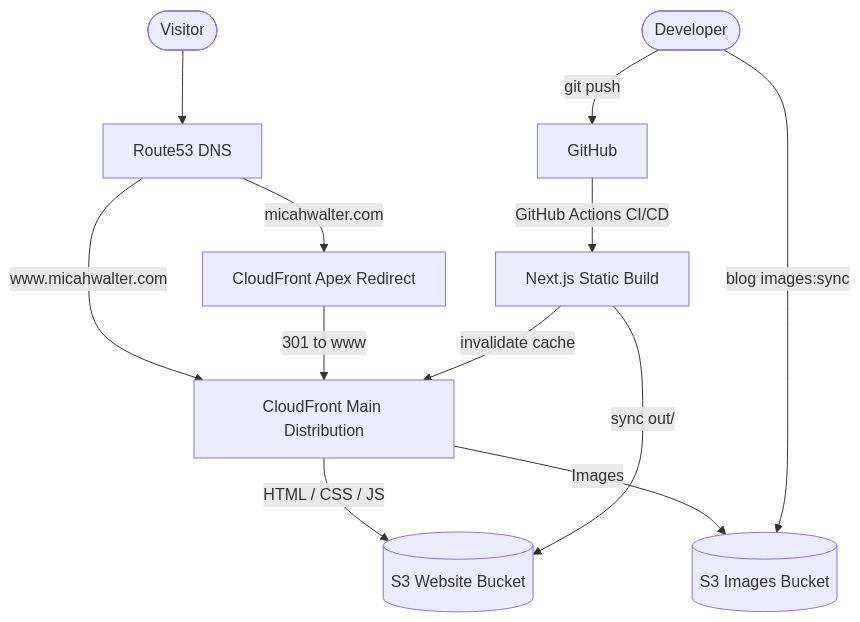
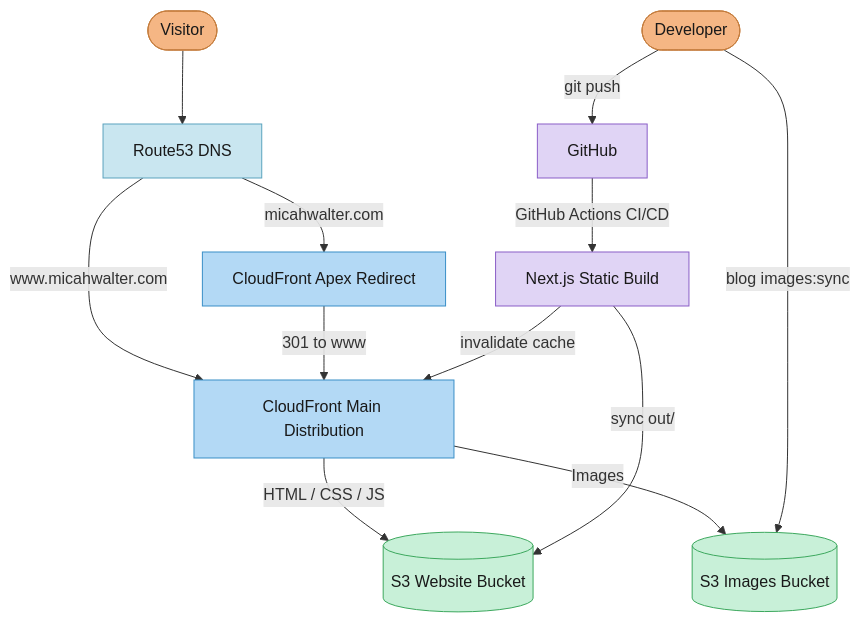
One commit to micahwalter/micahwalter-www changed the diagram in README.md. Above: the diagram before and after it, drawn with Mermaid.

Commit message:
Add colors to architecture diagram

````diff
--- a/README.md
+++ b/README.md
@@ -7,17 +7,29 @@
 ```mermaid
 flowchart TD
     Visitor([Visitor]) --> R53[Route53 DNS]
 
     R53 -->|www.micahwalter.com| CFMain[CloudFront Main Distribution]
     R53 -->|micahwalter.com| CFApex[CloudFront Apex Redirect]
     CFApex -->|301 to www| CFMain
 
     CFMain -->|HTML / CSS / JS| S3Web[(S3 Website Bucket)]
     CFMain -->|Images| S3Img[(S3 Images Bucket)]
 
     Dev([Developer]) -->|git push| GH[GitHub]
     Dev -->|blog images:sync| S3Img
     GH -->|GitHub Actions CI/CD| Build[Next.js Static Build]
     Build -->|sync out/| S3Web
     Build -->|invalidate cache| CFMain
+
+    classDef people fill:#F5B684,stroke:#c47d3e,color:#191919
+    classDef dns fill:#c9e6f0,stroke:#5ba3be,color:#191919
+    classDef cdn fill:#b3d9f5,stroke:#3a8fc7,color:#191919
+    classDef storage fill:#c8f0d8,stroke:#3da85e,color:#191919
+    classDef cicd fill:#e0d4f5,stroke:#8a5ec7,color:#191919
+
+    class Visitor,Dev people
+    class R53 dns
+    class CFMain,CFApex cdn
+    class S3Web,S3Img storage
+    class GH,Build cicd
 ```
````
